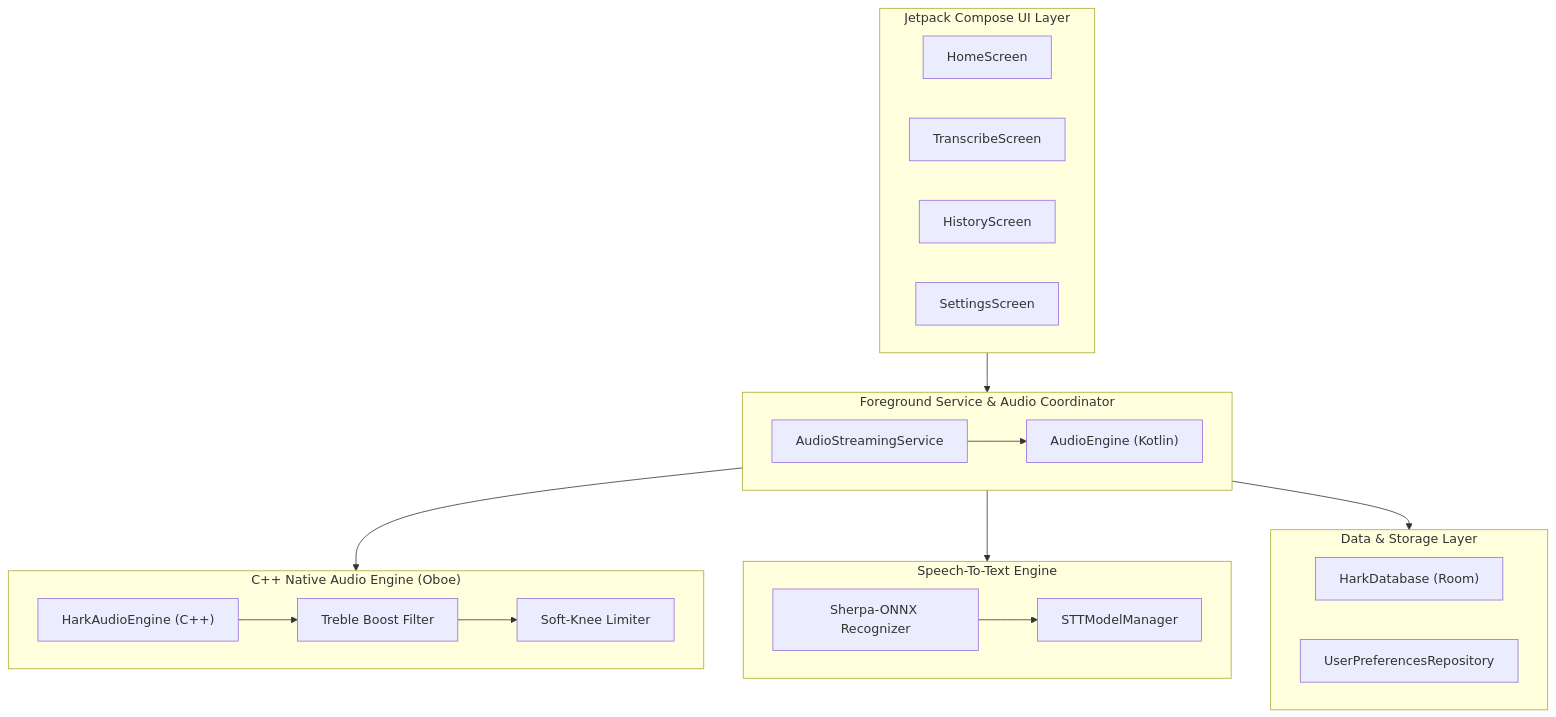
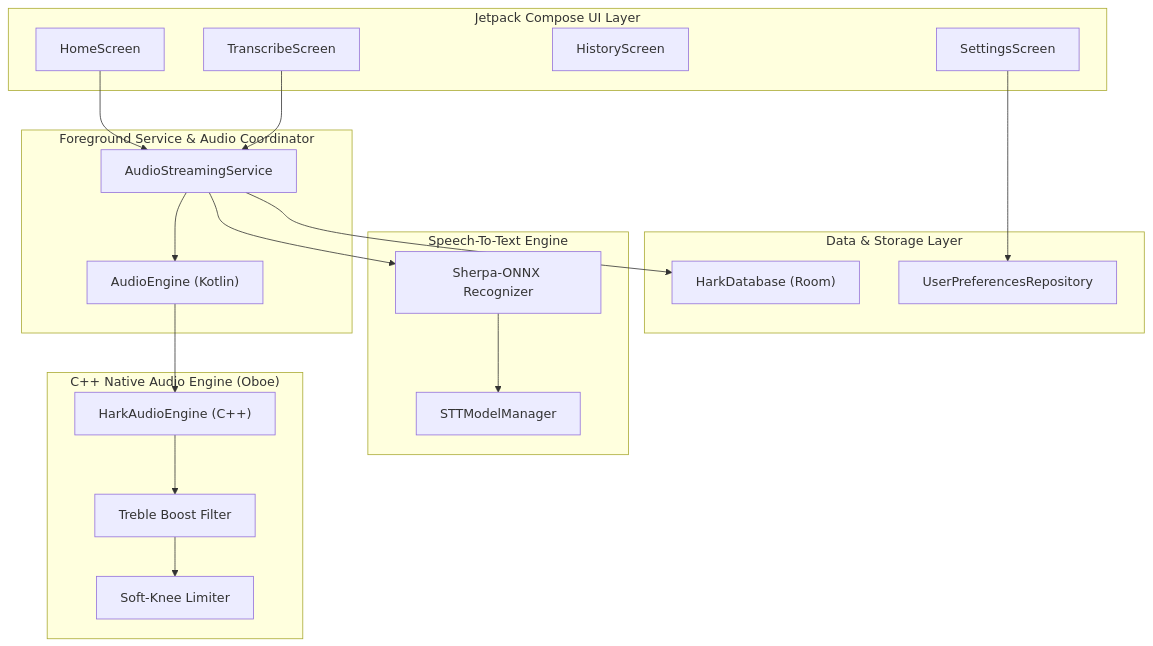
Before and after one commit to thivyan-studios/hark-app: the diagram in README.md, drawn with Mermaid. The commit also changed 1 other file, not shown here.

Commit message:
Continuing to tweak Mermaid Diagrams

````diff
--- a/README.md
+++ b/README.md
@@ -33,38 +33,40 @@
 ```mermaid
 flowchart TD
     subgraph UI ["Jetpack Compose UI Layer"]
         HomeScreen["HomeScreen"]
         TranscribeScreen["TranscribeScreen"]
         HistoryScreen["HistoryScreen"]
         SettingsScreen["SettingsScreen"]
     end
 
     subgraph Core ["Foreground Service & Audio Coordinator"]
         Service["AudioStreamingService"]
         AudioEngine["AudioEngine (Kotlin)"]
         Service --> AudioEngine
     end
 
     subgraph Native ["C++ Native Audio Engine (Oboe)"]
         HarkNative["HarkAudioEngine (C++)"]
         TrebleFilter["Treble Boost Filter"]
         Limiter["Soft-Knee Limiter"]
         HarkNative --> TrebleFilter --> Limiter
     end
 
     subgraph ML ["Speech-To-Text Engine"]
         Sherpa["Sherpa-ONNX Recognizer"]
         ModelMgr["STTModelManager"]
         Sherpa --> ModelMgr
     end
 
     subgraph Storage ["Data & Storage Layer"]
         RoomDB["HarkDatabase (Room)"]
         DataStore["UserPreferencesRepository"]
     end
 
-    UI --> Core
-    Core --> Native
-    Core --> ML
-    Core --> Storage
+    HomeScreen --> Service
+    TranscribeScreen --> Service
+    SettingsScreen --> DataStore
+    AudioEngine --> HarkNative
+    Service --> Sherpa
+    Service --> RoomDB
 ```
````
